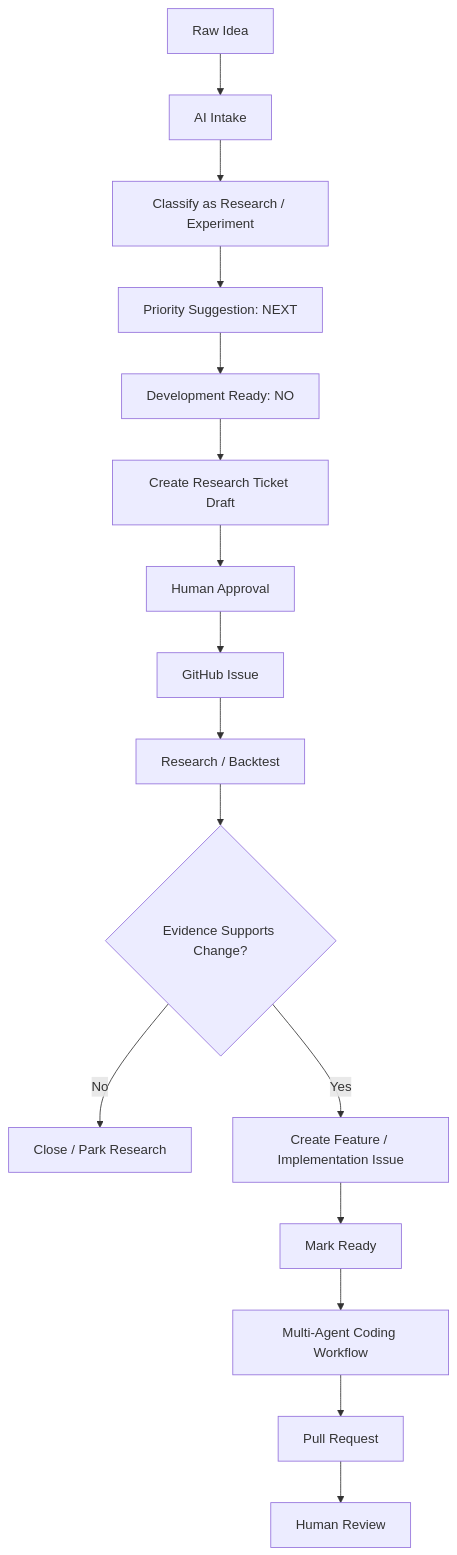
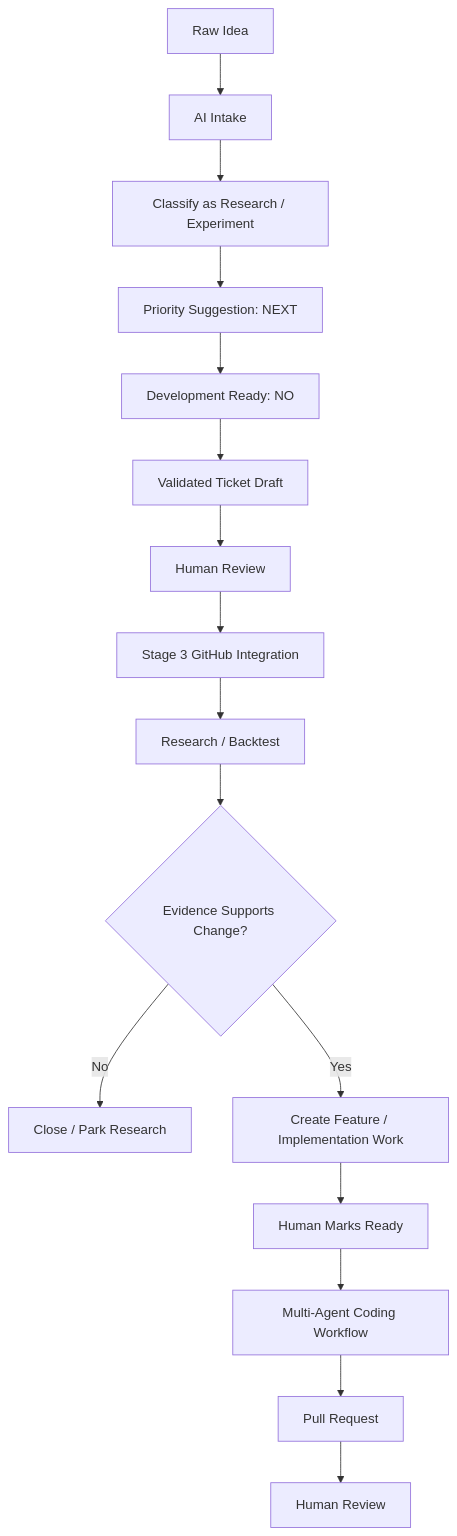
Before and after one commit to dawnluma/ai-dev-workflow: diagram 14 of 15 in README.md, drawn with Mermaid. The commit also changed other lines of this file and 13 other files, not shown here.

Commit message:
Update Stage 2 plan in progress for review

````diff
--- a/README.md
+++ b/README.md
@@ -1653,18 +1836,18 @@
 ```mermaid
 flowchart TD
     A[Raw Idea] --> B[AI Intake]
     B --> C[Classify as Research / Experiment]
     C --> D[Priority Suggestion: NEXT]
     D --> E[Development Ready: NO]
-    E --> F[Create Research Ticket Draft]
-    F --> G[Human Approval]
-    G --> H[GitHub Issue]
+    E --> F[Validated Ticket Draft]
+    F --> G[Human Review]
+    G --> H[Stage 3 GitHub Integration]
     H --> I[Research / Backtest]
     I --> J{Evidence Supports Change?}
     J -->|No| K[Close / Park Research]
-    J -->|Yes| L[Create Feature / Implementation Issue]
-    L --> M[Mark Ready]
+    J -->|Yes| L[Create Feature / Implementation Work]
+    L --> M[Human Marks Ready]
     M --> N[Multi-Agent Coding Workflow]
     N --> O[Pull Request]
     O --> P[Human Review]
 ```
````
